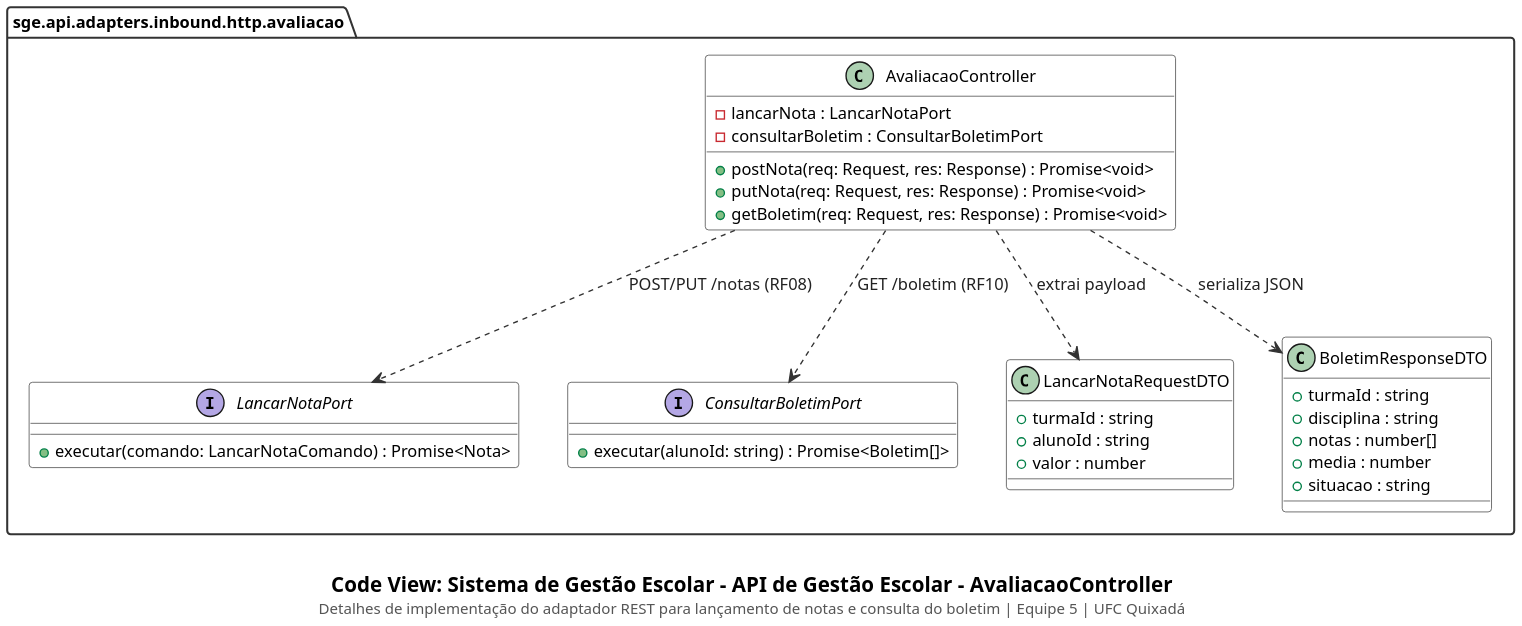
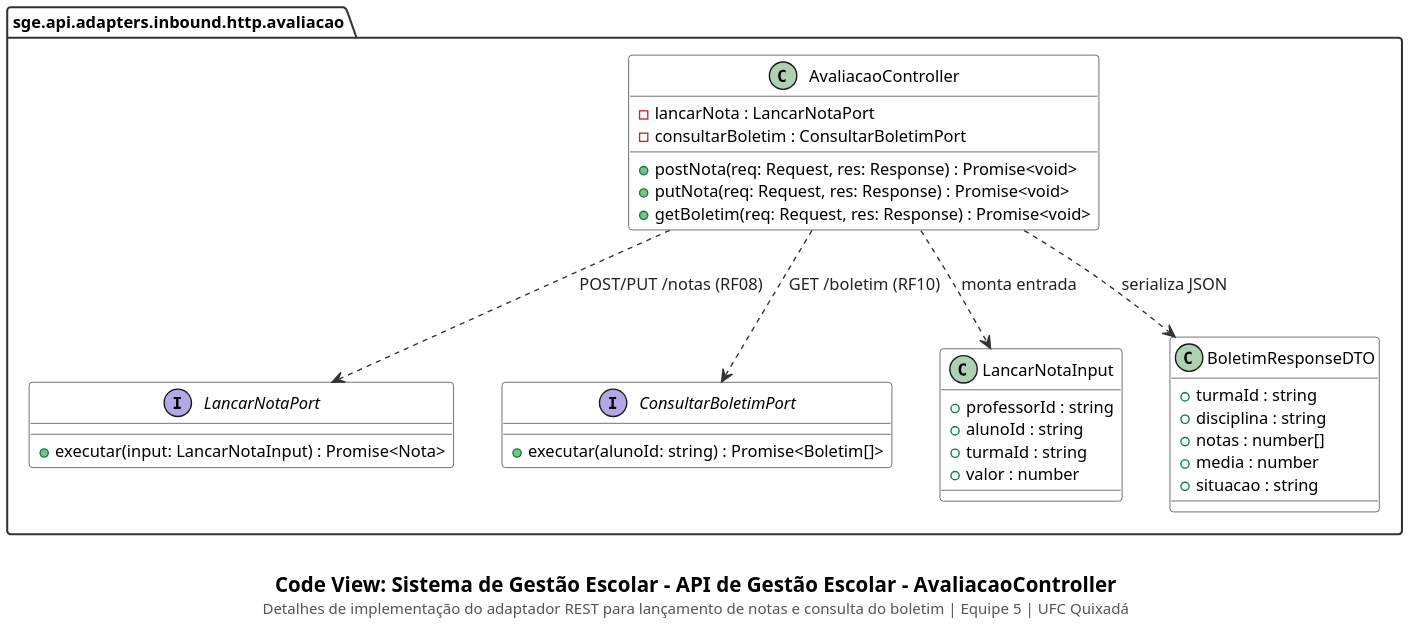
One commit to cicerocarnauba/sistema-gestao-escolar changed the diagram in docs/code/avaliacao-controller.puml. Above: the diagram before and after it, drawn with PlantUML. The commit also changed 8 other files, not shown here.

Commit message:
docs: alinha nomenclatura entre diagramas C3 (componentes) e C4 (código)

```diff
--- a/docs/code/avaliacao-controller.puml
+++ b/docs/code/avaliacao-controller.puml
@@ -1,59 +1,60 @@
 @startuml
 set separator none
 top to bottom direction
 skinparam backgroundColor #FFFFFF
 skinparam shadowing false
 skinparam dpi 180
 skinparam defaultFontName "SansSerif"
 skinparam defaultFontSize 12
 skinparam packageStyle folder
 skinparam packageBackgroundColor #FFFFFF
 skinparam packageBorderColor #333333
 skinparam packageFontStyle bold
 skinparam classBackgroundColor #FFFFFF
 skinparam classHeaderBackgroundColor #FFFFFF
 skinparam classBorderColor #333333
 skinparam arrowColor #333333
 skinparam arrowFontColor #222222
 skinparam noteBackgroundColor #FAFAFA
 skinparam noteBorderColor #666666
 
 package "sge.api.adapters.inbound.http.avaliacao" {
     interface LancarNotaPort {
-        + executar(comando: LancarNotaComando) : Promise<Nota>
+        + executar(input: LancarNotaInput) : Promise<Nota>
     }
 
     interface ConsultarBoletimPort {
         + executar(alunoId: string) : Promise<Boletim[]>
     }
 
     class AvaliacaoController {
         - lancarNota : LancarNotaPort
         - consultarBoletim : ConsultarBoletimPort
         + postNota(req: Request, res: Response) : Promise<void>
         + putNota(req: Request, res: Response) : Promise<void>
         + getBoletim(req: Request, res: Response) : Promise<void>
     }
 
-    class LancarNotaRequestDTO {
+    class LancarNotaInput {
+        + professorId : string
+        + alunoId : string
         + turmaId : string
-        + alunoId : string
         + valor : number
     }
 
     class BoletimResponseDTO {
         + turmaId : string
         + disciplina : string
         + notas : number[]
         + media : number
         + situacao : string
     }
 
     AvaliacaoController ..> LancarNotaPort : POST/PUT /notas (RF08)
     AvaliacaoController ..> ConsultarBoletimPort : GET /boletim (RF10)
-    AvaliacaoController ..> LancarNotaRequestDTO : extrai payload
+    AvaliacaoController ..> LancarNotaInput : monta entrada
     AvaliacaoController ..> BoletimResponseDTO : serializa JSON
 }
 
 caption \n<size:15><b>Code View: Sistema de Gestão Escolar - API de Gestão Escolar - AvaliacaoController</b></size>\n<size:11><color:#555555>Detalhes de implementação do adaptador REST para lançamento de notas e consulta do boletim | Equipe 5 | UFC Quixadá</color></size>
 @enduml
```
